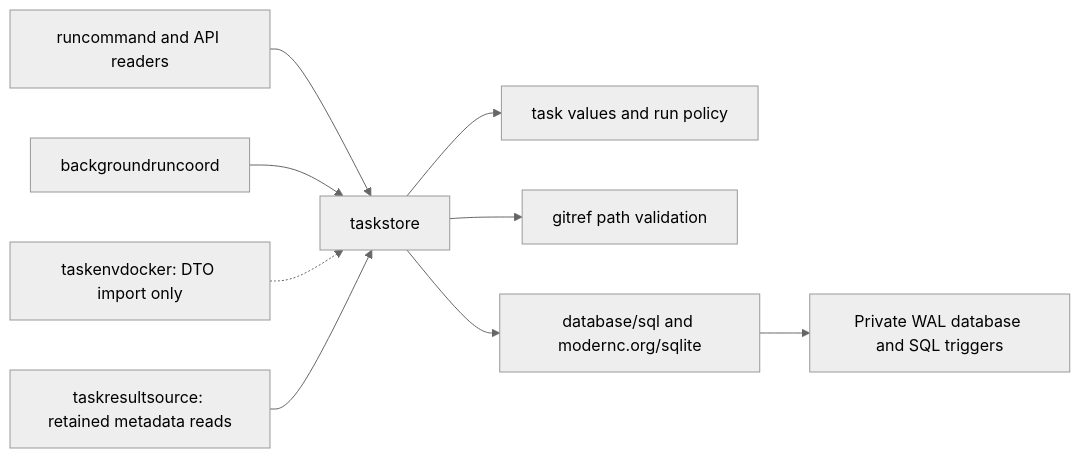
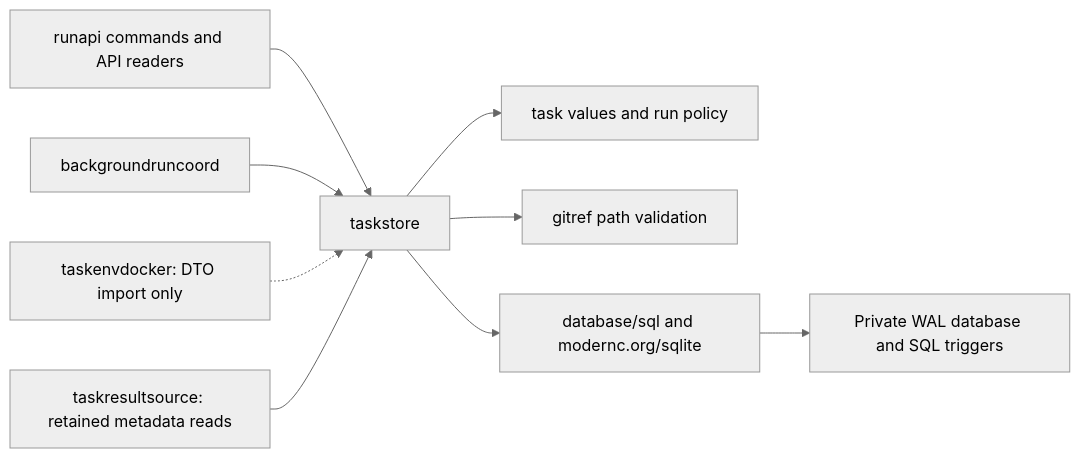
One commit to nebler/fern changed the first of 2 diagrams in internal/taskstore/README.md. Above: the diagram before and after it, drawn with Mermaid (neutral theme). The commit also changed other lines of this file and 9 other files, not shown here.

First line of the commit message:
refactor(runapi): merge runcommand into runapi

````diff
--- a/internal/taskstore/README.md
+++ b/internal/taskstore/README.md
@@ -29,11 +29,11 @@
 ```mermaid
 graph LR
-  A["runcommand and API readers"] --> B["taskstore"]
+  A["runapi commands and API readers"] --> B["taskstore"]
   C["backgroundruncoord"] --> B
   D["taskenvdocker: DTO import only"] -.-> B
   R["taskresultsource: retained metadata reads"] --> B
   B --> E["task values and run policy"]
   B --> F["gitref path validation"]
   B --> G["database/sql and modernc.org/sqlite"]
   G --> H["Private WAL database and SQL triggers"]
 ```
````
